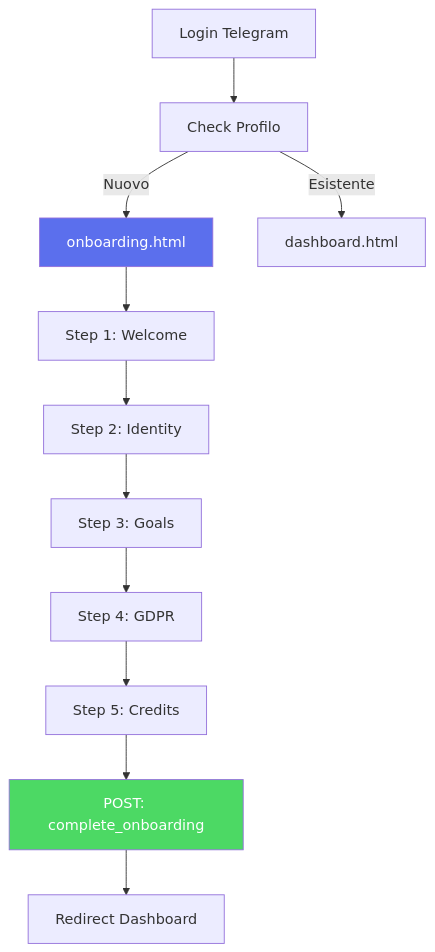
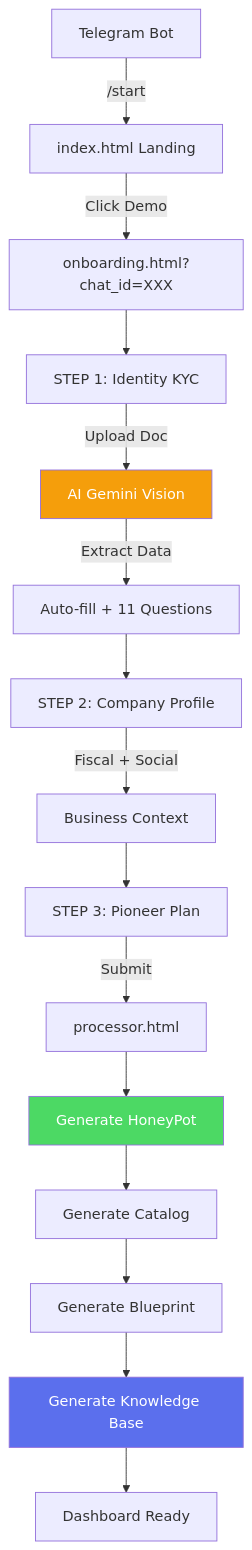
One commit to SimonAiIT/SiteBoS-MiniApp changed the diagram in docs/03-ONBOARDING.md. Above: the diagram before and after it, drawn with Mermaid. The commit also changed other lines of this file, not shown here.

Commit message:
🔄 Docs: Onboarding REAL FLOW completo

````diff
--- a/docs/03-ONBOARDING.md
+++ b/docs/03-ONBOARDING.md
@@ -56,17 +22,25 @@
 ```mermaid
 graph TD
-    A[Login Telegram] --> B[Check Profilo]
-    B -->|Nuovo| C[onboarding.html]
-    B -->|Esistente| D[dashboard.html]
+    A[Telegram Bot] -->|/start| B[index.html Landing]
+    B -->|Click Demo| C[onboarding.html?chat_id=XXX]
     
-    C --> E[Step 1: Welcome]
-    E --> F[Step 2: Identity]
-    F --> G[Step 3: Goals]
-    G --> H[Step 4: GDPR]
-    H --> I[Step 5: Credits]
-    I --> J[POST: complete_onboarding]
-    J --> K[Redirect Dashboard]
+    C --> D[STEP 1: Identity KYC]
+    D -->|Upload Doc| E[AI Gemini Vision]
+    E -->|Extract Data| F[Auto-fill + 11 Questions]
     
-    style C fill:#5b6fed,color:#fff
-    style J fill:#4cd964,color:#fff
+    F --> G[STEP 2: Company Profile]
+    G -->|Fiscal + Social| H[Business Context]
+    
+    H --> I[STEP 3: Pioneer Plan]
+    I -->|Submit| J[processor.html]
+    
+    J --> K[Generate HoneyPot]
+    K --> L[Generate Catalog]
+    L --> M[Generate Blueprint]
+    M --> N[Generate Knowledge Base]
+    N --> O[Dashboard Ready]
+    
+    style E fill:#f59e0b,color:#fff
+    style K fill:#4cd964,color:#fff
+    style N fill:#5b6fed,color:#fff
 ```
````
